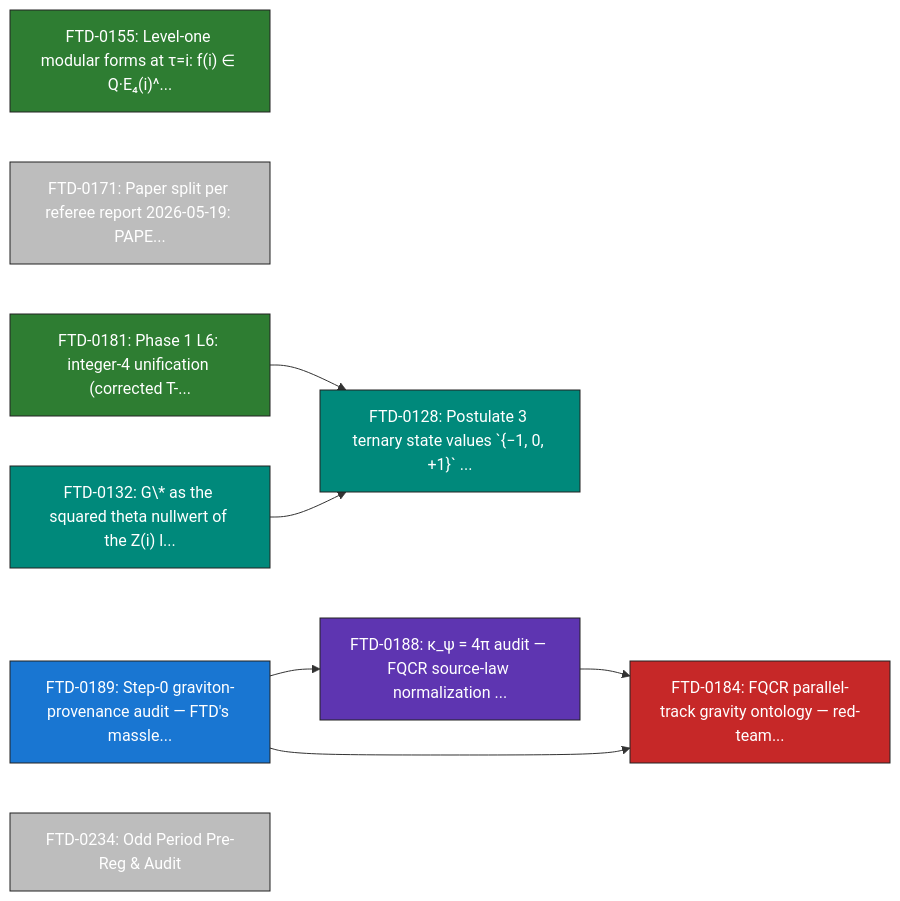
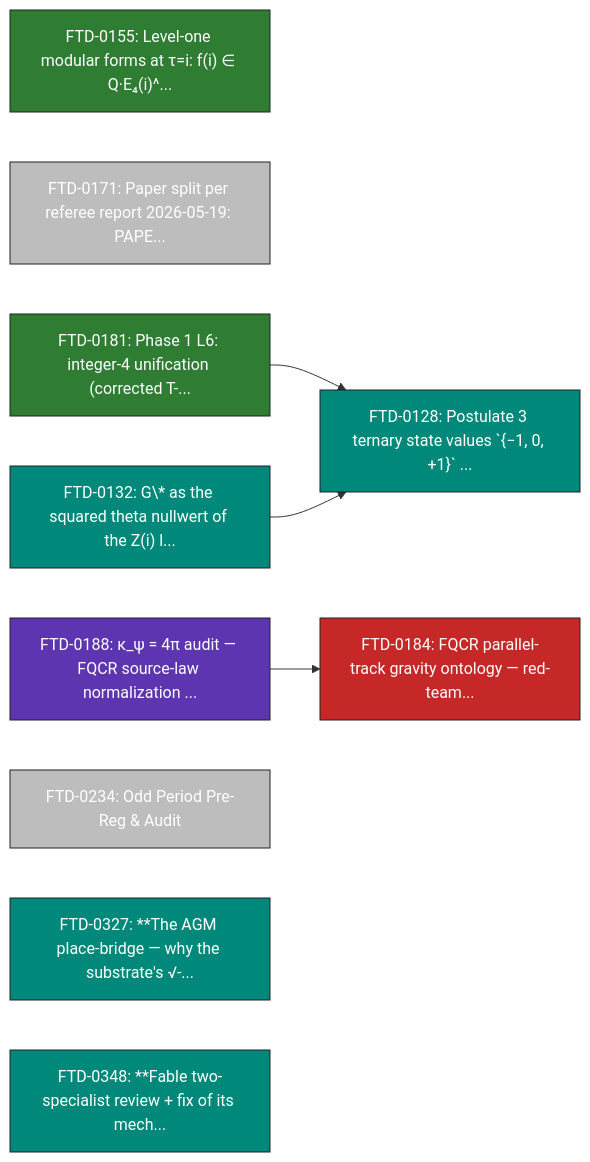
Before and after one commit to cpaci-tani/Foundational-Ternary-Dynamics: diagram 13 of 16 in docs/theory/09_mathematical/NODE_MAP_FTD_MATH.md, drawn with Mermaid. The commit also changed other lines of this file and 1 other file, not shown here.

First line of the commit message:
docs+scripts: FTD-0360 item 3 -- regenerate math node map from corrected LEDGER

````diff
--- a/docs/theory/09_mathematical/NODE_MAP_FTD_MATH.md
+++ b/docs/theory/09_mathematical/NODE_MAP_FTD_MATH.md
@@ -515,26 +640,26 @@
 ```mermaid
 graph LR
     FTD_0155["FTD-0155: Level-one modular forms at τ=i: f(i) ∈ Q·E₄(i)^..."]
     style FTD_0155 fill:#2e7d32,color:white,stroke:#222,stroke-width:1px
     FTD_0171["FTD-0171: Paper split per referee report 2026-05-19: PAPE..."]
     style FTD_0171 fill:#bdbdbd,color:white,stroke:#222,stroke-width:1px
     FTD_0181["FTD-0181: Phase 1 L6: integer-4 unification (corrected T-..."]
     style FTD_0181 fill:#2e7d32,color:white,stroke:#222,stroke-width:1px
     FTD_0184["FTD-0184: FQCR parallel-track gravity ontology — red-team..."]
     style FTD_0184 fill:#c62828,color:white,stroke:#222,stroke-width:1px
     FTD_0128["FTD-0128: Postulate 3 ternary state values `{−1, 0, +1}` ..."]
     style FTD_0128 fill:#00897b,color:white,stroke:#222,stroke-width:1px
     FTD_0132["FTD-0132: G\* as the squared theta nullwert of the Z(i) l..."]
     style FTD_0132 fill:#00897b,color:white,stroke:#222,stroke-width:1px
     FTD_0188["FTD-0188: κ_ψ = 4π audit — FQCR source-law normalization ..."]
     style FTD_0188 fill:#5e35b1,color:white,stroke:#222,stroke-width:1px
-    FTD_0189["FTD-0189: Step-0 graviton-provenance audit — FTD's massle..."]
-    style FTD_0189 fill:#1976d2,color:white,stroke:#222,stroke-width:1px
     FTD_0234["FTD-0234: Odd Period Pre-Reg & Audit"]
     style FTD_0234 fill:#bdbdbd,color:white,stroke:#222,stroke-width:1px
+    FTD_0327["FTD-0327: **The AGM place-bridge — why the substrate's √-..."]
+    style FTD_0327 fill:#00897b,color:white,stroke:#222,stroke-width:1px
+    FTD_0348["FTD-0348: **Fable two-specialist review + fix of its mech..."]
+    style FTD_0348 fill:#00897b,color:white,stroke:#222,stroke-width:1px
     FTD_0181 --> FTD_0128
     FTD_0132 --> FTD_0128
     FTD_0188 --> FTD_0184
-    FTD_0189 --> FTD_0184
-    FTD_0189 --> FTD_0188
 ```
````
